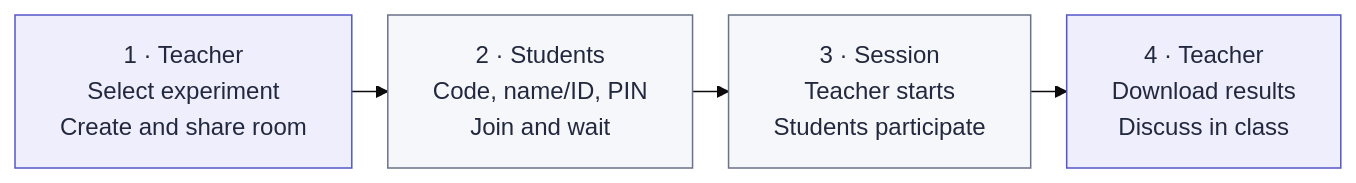
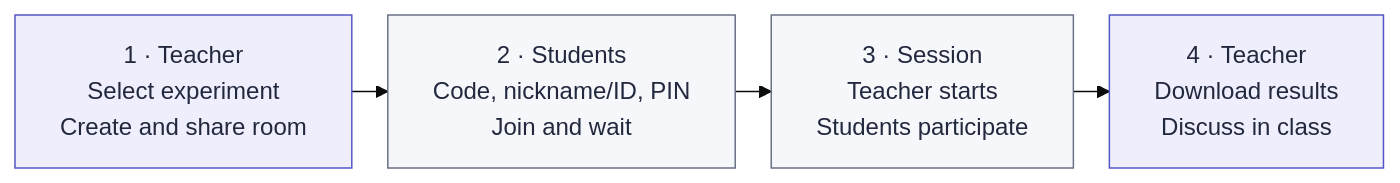
The diagram in README.en.md (DKshawn/Double_Auction), drawn with Mermaid before and after one commit. The commit also changed 7 other files, not shown here.

Commit message:
Use nickname in student re-entry guidance

````diff
--- a/README.en.md
+++ b/README.en.md
@@ -11,24 +11,24 @@
 ```mermaid
 ---
 config:
   theme: base
   look: classic
   layout: dagre
   htmlLabels: true
   flowchart:
     rankSpacing: 24
     wrappingWidth: 180
 ---
 flowchart LR
     accTitle: Classroom workflow
-    accDescr: The teacher creates a room and shares the entry and code. Students join with their name or ID and PIN. The teacher starts the experiment, students participate, and the teacher downloads results.
+    accDescr: The teacher creates a room and shares the entry and code. Students join with their nickname or student ID and PIN. The teacher starts the experiment, students participate, and the teacher downloads results.
     A["1 · Teacher<br/>Select experiment<br/>Create and share room"]
-    B["2 · Students<br/>Code, name/ID, PIN<br/>Join and wait"]
+    B["2 · Students<br/>Code, nickname/ID, PIN<br/>Join and wait"]
     C["3 · Session<br/>Teacher starts<br/>Students participate"]
     D["4 · Teacher<br/>Download results<br/>Discuss in class"]
     A --> B --> C --> D
     classDef teacher fill:#eeeefd,stroke:#5456c7,color:#22283d
     classDef shared fill:#f6f7fb,stroke:#6a7287,color:#22283d
     class A,D teacher
     class B,C shared
 ```
````
